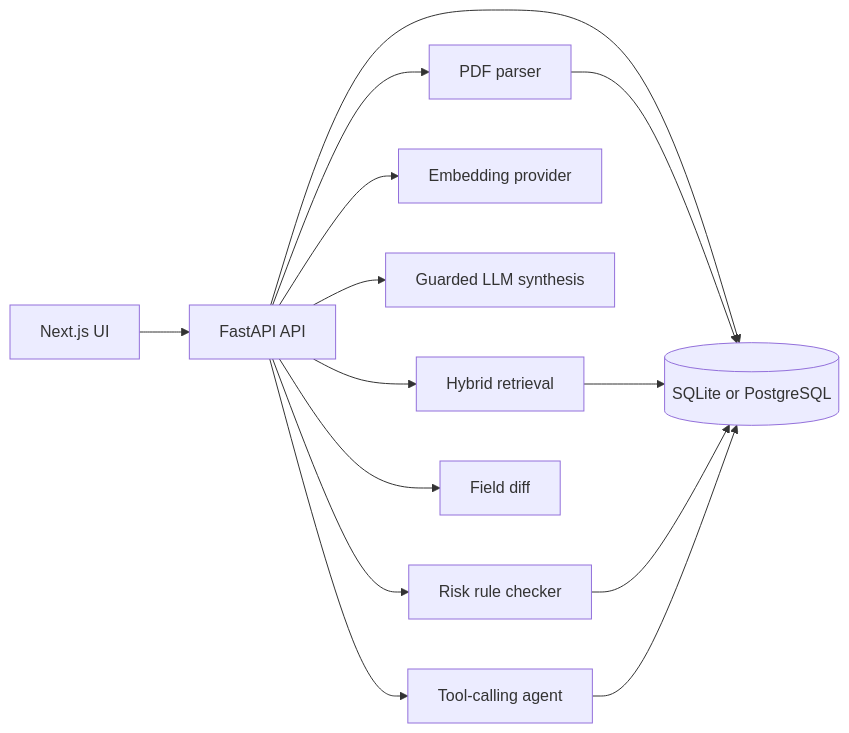
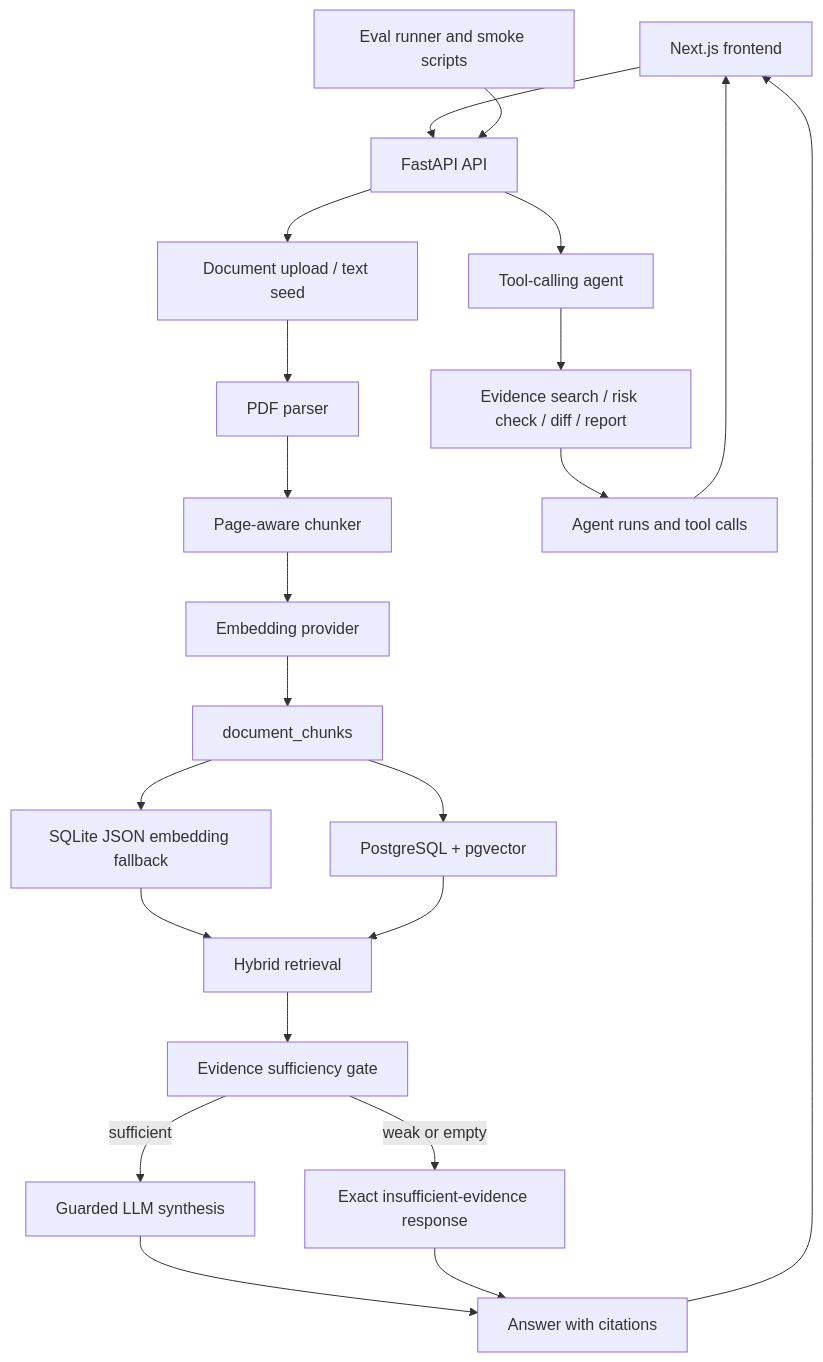
Before and after one commit to AZ123IT/BidGuard-AI: the diagram in docs/architecture.md, drawn with Mermaid. The commit also changed 8 other files, not shown here.

````diff
--- a/docs/architecture.md
+++ b/docs/architecture.md
@@ -7,16 +7,24 @@
 ```mermaid
-flowchart LR
-  UI["Next.js UI"] --> API["FastAPI API"]
-  API --> Parser["PDF parser"]
-  API --> Retrieval["Hybrid retrieval"]
-  API --> Embeddings["Embedding provider"]
-  API --> LLM["Guarded LLM synthesis"]
-  API --> Rules["Risk rule checker"]
-  API --> Diff["Field diff"]
+flowchart TD
+  UI["Next.js frontend"] --> API["FastAPI API"]
+  Eval["Eval runner and smoke scripts"] --> API
+  API --> Upload["Document upload / text seed"]
+  Upload --> Parser["PDF parser"]
+  Parser --> Chunker["Page-aware chunker"]
+  Chunker --> Embeddings["Embedding provider"]
+  Embeddings --> Chunks["document_chunks"]
+  Chunks --> SQLite["SQLite JSON embedding fallback"]
+  Chunks --> PG["PostgreSQL + pgvector"]
+  SQLite --> Retrieval["Hybrid retrieval"]
+  PG --> Retrieval
+  Retrieval --> Gate["Evidence sufficiency gate"]
+  Gate -->|sufficient| LLM["Guarded LLM synthesis"]
+  Gate -->|weak or empty| Fallback["Exact insufficient-evidence response"]
+  LLM --> Evidence["Answer with citations"]
+  Fallback --> Evidence
   API --> Agent["Tool-calling agent"]
-  API --> DB[("SQLite or PostgreSQL")]
-  Parser --> DB
-  Retrieval --> DB
-  Rules --> DB
-  Agent --> DB
+  Agent --> Tools["Evidence search / risk check / diff / report"]
+  Tools --> Trace["Agent runs and tool calls"]
+  Evidence --> UI
+  Trace --> UI
 ```
````
